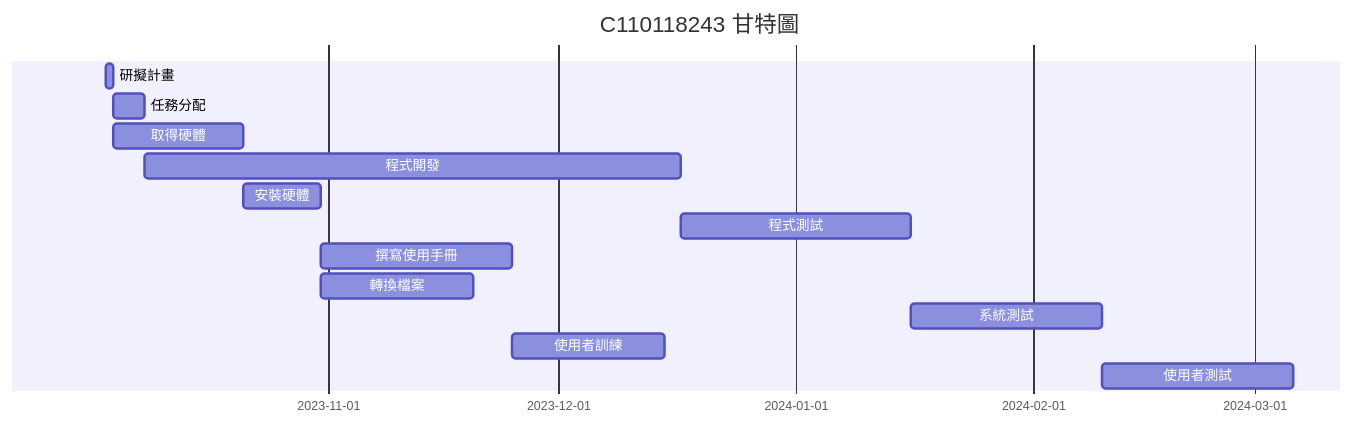
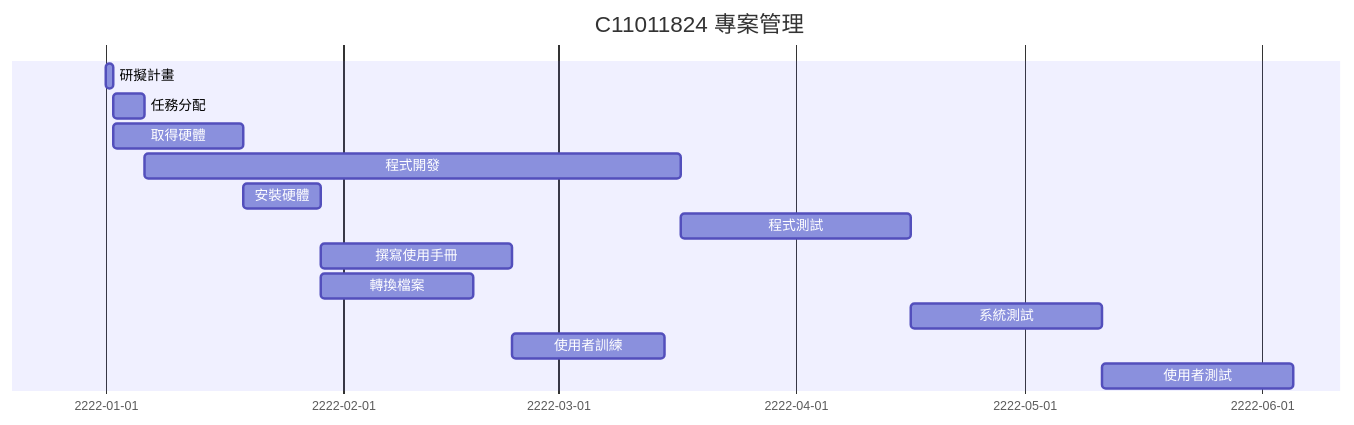
Before and after one commit to Crash0807/0919: the diagram in hw2.md, drawn with Mermaid.

````diff
--- a/hw2.md
+++ b/hw2.md
@@ -5,15 +5,15 @@
 ```mermaid
 gantt
-    title C110118243 甘特圖
-    研擬計畫     : a1 , 2023-10-03 , 1d
-    任務分配     : a2 , after a1 , 4d
-    取得硬體     : a3 , after a1 , 17d
-    程式開發     : a4 , after a2 , 70d
-    安裝硬體     : a5 , after a3 , 10d
-    程式測試     : a6 , after a4 , 30d
-    撰寫使用手冊  : a7 , after a5 , 25d
-    轉換檔案     : a8 , after a5 , 20d
-    系統測試     : a9 , after a6 , 25d
-    使用者訓練   : a10 , after a7 a8 ,20d
-    使用者測試   : a11 , after a9 a10 ,25d
+    title C11011824 專案管理
+    研擬計畫      :a1, 2222-01-01, 1d
+    任務分配      :a2, after a1, 4d
+    取得硬體      :a3, after a1, 17d
+    程式開發      :a4, after a2, 70d
+    安裝硬體      :a5, after a3, 10d
+    程式測試      :a6, after a4, 30d
+    撰寫使用手冊   :a7, after a5, 25d
+    轉換檔案      :a8, after a5, 20d
+    系統測試      :a9, after a6, 25d
+    使用者訓練    :a10, after a7 & a8, 20d
+    使用者測試    :a11, after a9 & a10, 25d
 ```
````
